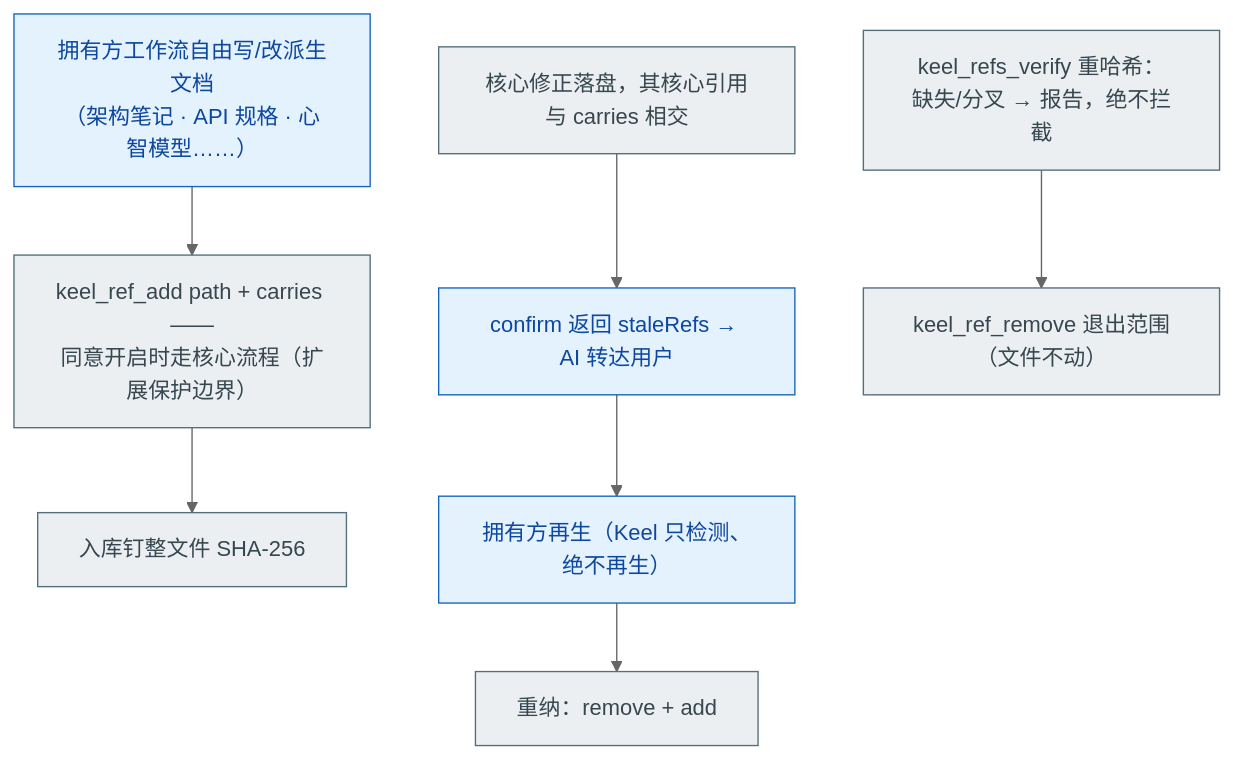
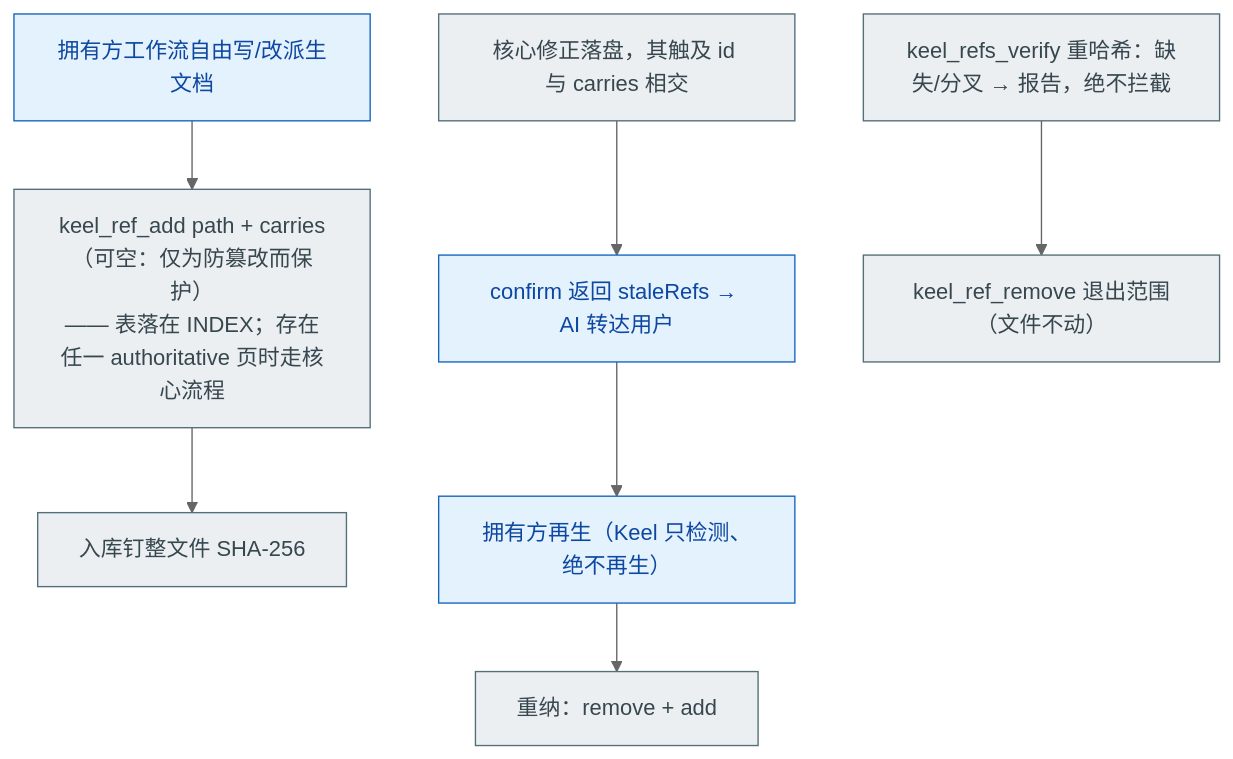
Before and after one commit to maxi3777/Keel: the sixth of 9 diagrams in docs/MENTAL-MODEL.md, drawn with Mermaid (neutral theme). The commit also changed other lines of this file and 15 other files, not shown here.

````diff
--- a/docs/MENTAL-MODEL.md
+++ b/docs/MENTAL-MODEL.md
@@ -185,19 +187,19 @@
 ```mermaid
 flowchart TD
-    WRITE["拥有方工作流自由写/改派生文档<br/>（架构笔记 · API 规格 · 心智模型……）"]:::ai
-    ADMIT["keel_ref_add path + carries ——<br/>同意开启时走核心流程（扩展保护边界）"]:::mech
+    WRITE["拥有方工作流自由写/改派生文档"]:::ai
+    ADMIT["keel_ref_add path + carries（可空：仅为防篡改而保护）<br/>—— 表落在 INDEX；存在任一 authoritative 页时走核心流程"]:::mech
     PIN["入库钉整文件 SHA-256"]:::mech
-    LANDS["核心修正落盘，其核心引用与 carries 相交"]:::mech
+    LANDS["核心修正落盘，其触及 id 与 carries 相交"]:::mech
     STALE2["confirm 返回 staleRefs → AI 转达用户"]:::ai
     REGEN["拥有方再生（Keel 只检测、绝不再生）"]:::ai
     READMIT["重纳：remove + add"]:::mech
-    VERIFY["keel_refs_verify 重哈希：<br/>缺失/分叉 → 报告，绝不拦截"]:::mech
+    VERIFY["keel_refs_verify 重哈希：缺失/分叉 → 报告，绝不拦截"]:::mech
     REMOVE["keel_ref_remove 退出范围（文件不动）"]:::mech
 
     WRITE --> ADMIT --> PIN
     LANDS --> STALE2 --> REGEN --> READMIT
     VERIFY --> REMOVE
     classDef human fill:#e8f5e9,stroke:#2e7d32,color:#1b5e20
     classDef ai fill:#e3f2fd,stroke:#1565c0,color:#0d47a1
     classDef mech fill:#eceff1,stroke:#546e7a,color:#37474f
 ```
````
